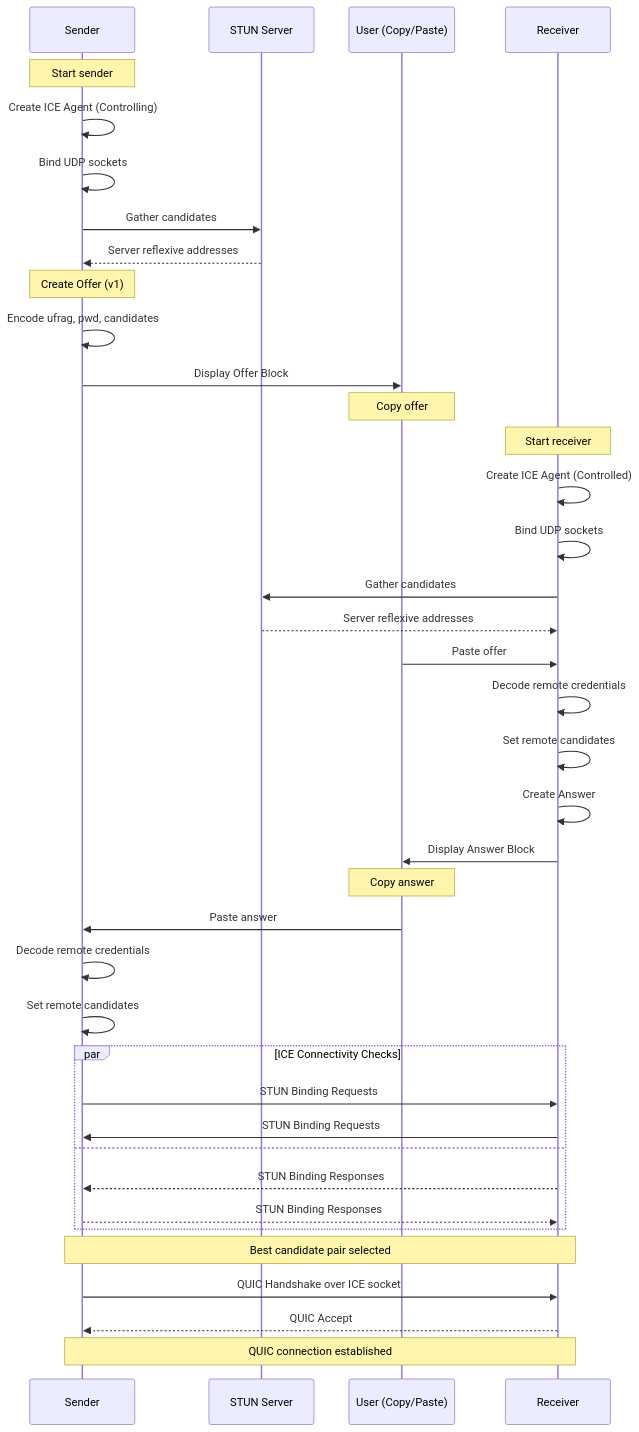
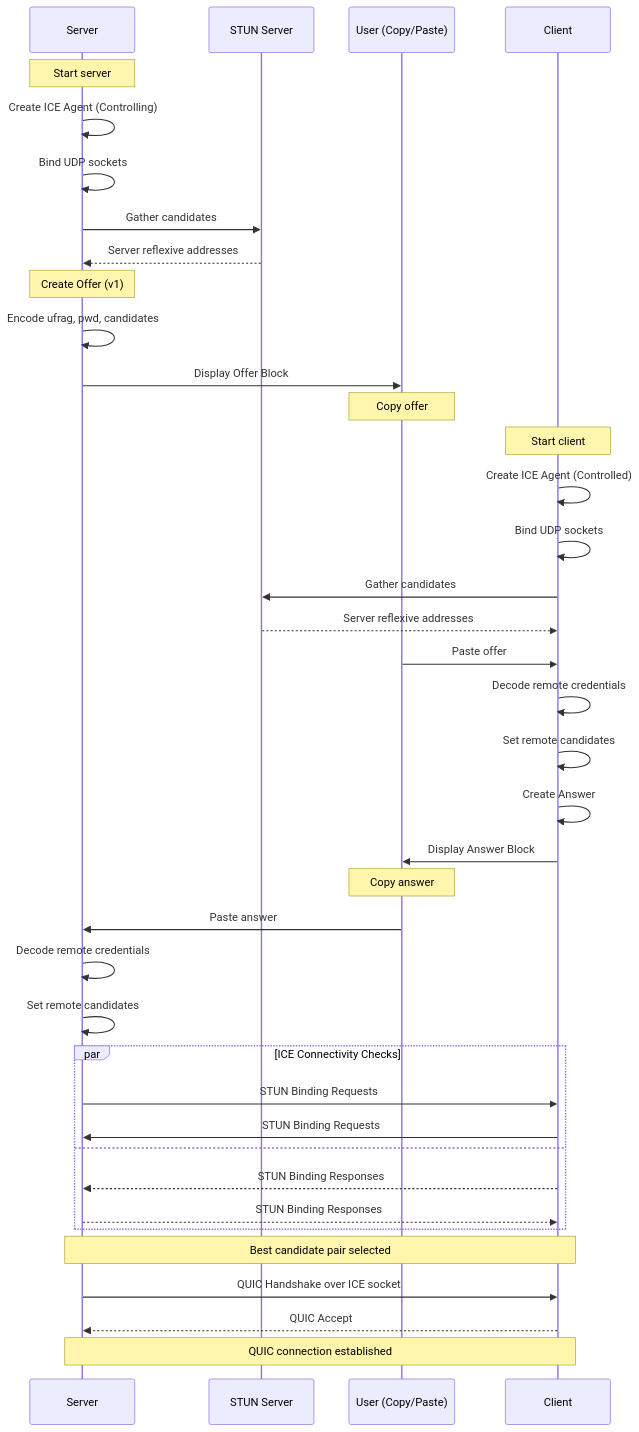
Diagram 14 of 35 in docs/ARCHITECTURE.md (andrewtheguy/vpn-rs), drawn with Mermaid before and after one commit. The commit also changed other lines of this file, not shown here.

Commit message:
feat: update architecture documentation to reflect server-client terminology and clarify operational modes

````diff
--- a/docs/ARCHITECTURE.md
+++ b/docs/ARCHITECTURE.md
@@ -567,50 +567,50 @@
 ```mermaid
 sequenceDiagram
-    participant S as Sender
+    participant S as Server
     participant STUN as STUN Server
     participant User as User (Copy/Paste)
-    participant R as Receiver
-    
-    Note over S: Start sender
+    participant C as Client
+
+    Note over S: Start server
     S->>S: Create ICE Agent (Controlling)
     S->>S: Bind UDP sockets
     S->>STUN: Gather candidates
     STUN-->>S: Server reflexive addresses
-    
+
     Note over S: Create Offer (v1)
     S->>S: Encode ufrag, pwd, candidates
     S->>User: Display Offer Block
-    
+
     Note over User: Copy offer
-    Note over R: Start receiver
-    R->>R: Create ICE Agent (Controlled)
-    R->>R: Bind UDP sockets
-    R->>STUN: Gather candidates
-    STUN-->>R: Server reflexive addresses
-    
-    User->>R: Paste offer
-    R->>R: Decode remote credentials
-    R->>R: Set remote candidates
-    R->>R: Create Answer
-    R->>User: Display Answer Block
-    
+    Note over C: Start client
+    C->>C: Create ICE Agent (Controlled)
+    C->>C: Bind UDP sockets
+    C->>STUN: Gather candidates
+    STUN-->>C: Server reflexive addresses
+
+    User->>C: Paste offer
+    C->>C: Decode remote credentials
+    C->>C: Set remote candidates
+    C->>C: Create Answer
+    C->>User: Display Answer Block
+
     Note over User: Copy answer
     User->>S: Paste answer
     S->>S: Decode remote credentials
     S->>S: Set remote candidates
-    
+
     par ICE Connectivity Checks
-        S->>R: STUN Binding Requests
-        R->>S: STUN Binding Requests
+        S->>C: STUN Binding Requests
+        C->>S: STUN Binding Requests
     and
-        R-->>S: STUN Binding Responses
-        S-->>R: STUN Binding Responses
+        C-->>S: STUN Binding Responses
+        S-->>C: STUN Binding Responses
     end
-    
-    Note over S,R: Best candidate pair selected
-    
-    S->>R: QUIC Handshake over ICE socket
-    R-->>S: QUIC Accept
-    
-    Note over S,R: QUIC connection established
+
+    Note over S,C: Best candidate pair selected
+
+    S->>C: QUIC Handshake over ICE socket
+    C-->>S: QUIC Accept
+
+    Note over S,C: QUIC connection established
 ```
````
